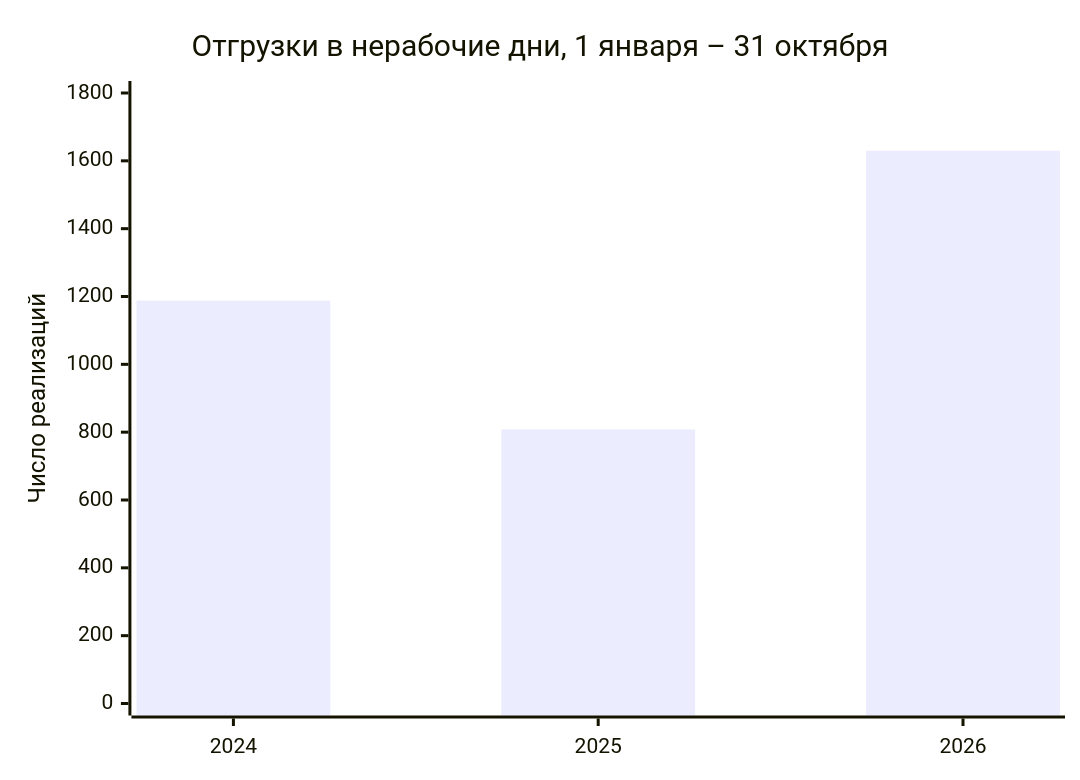
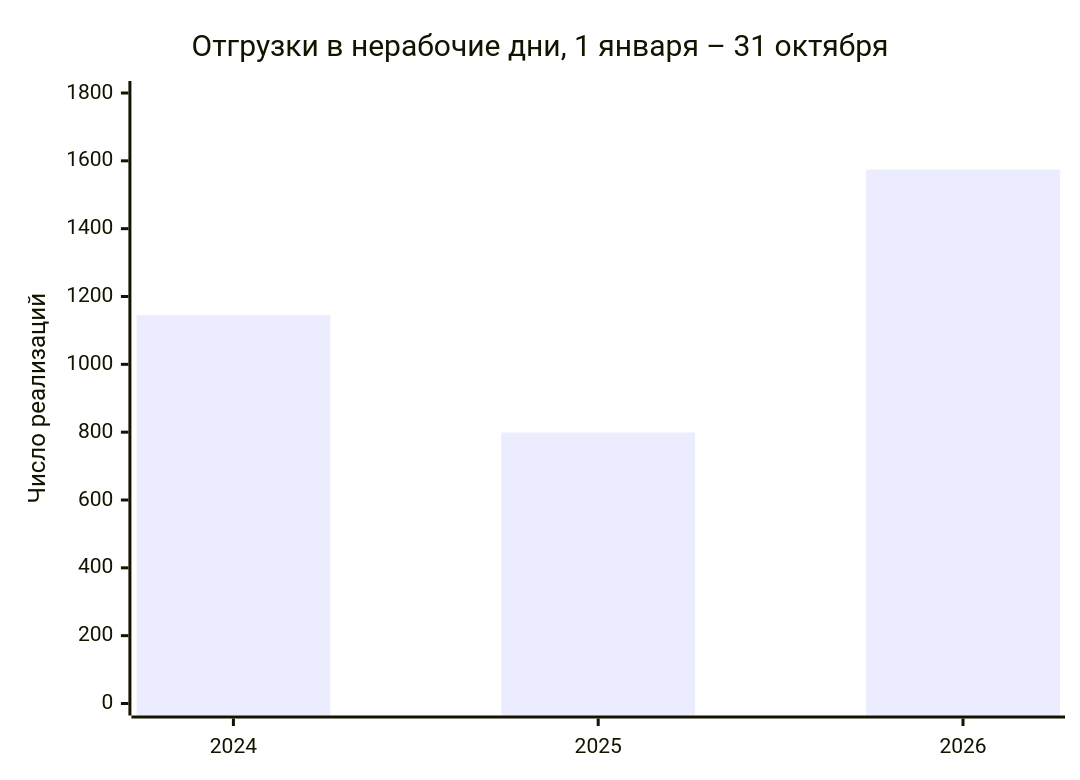
One commit to arimberg-svg/otgruzki-yurikam changed the diagram in README.md. Above: the diagram before and after it, drawn with Mermaid. The commit also changed other lines of this file and 1 other file, not shown here.

Commit message:
Убрать закрытый магазин №8, физлиц и клиентов, которые в 2026 году почти не грузились.

````diff
--- a/README.md
+++ b/README.md
@@ -9,7 +9,7 @@
 ```mermaid
 xychart-beta
     title "Отгрузки в нерабочие дни, 1 января – 31 октября"
     x-axis [2024, 2025, 2026]
     y-axis "Число реализаций" 0 --> 1800
-    bar [1188, 808, 1630]
+    bar [1145, 799, 1574]
 ```
````
